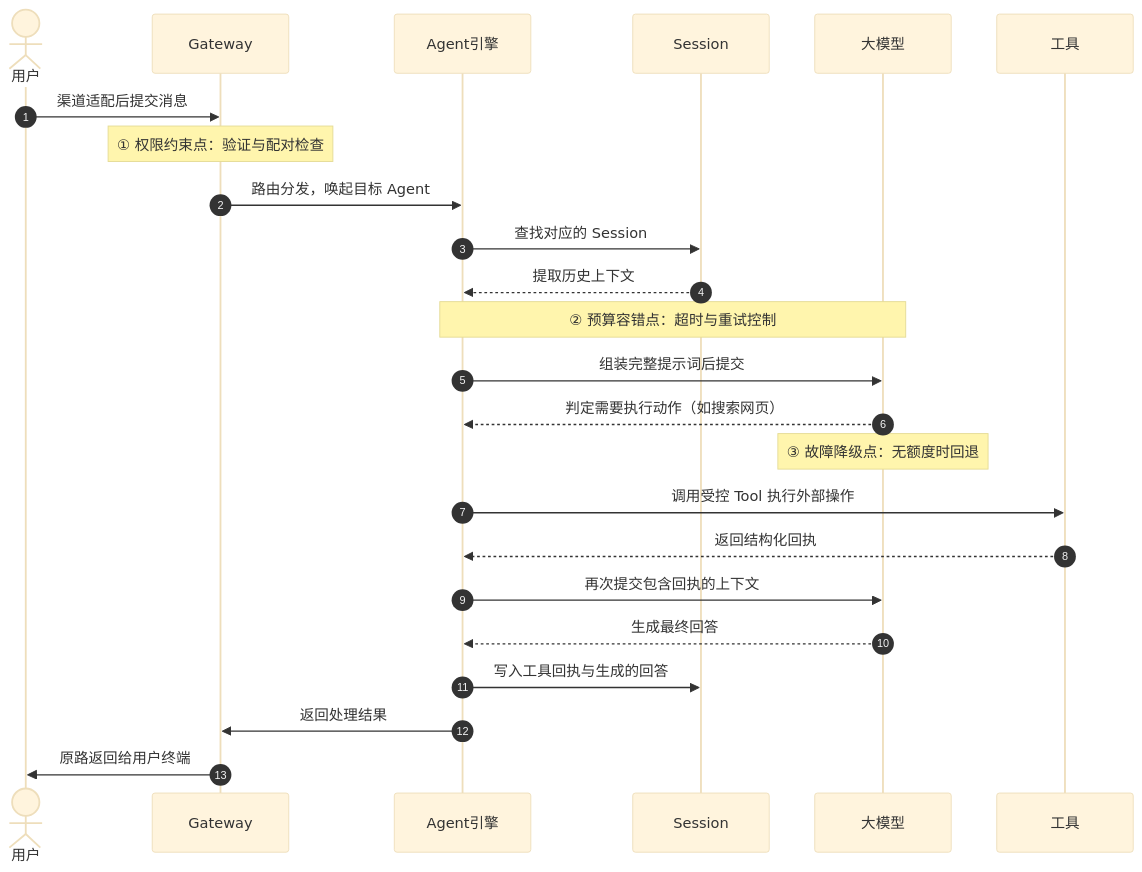
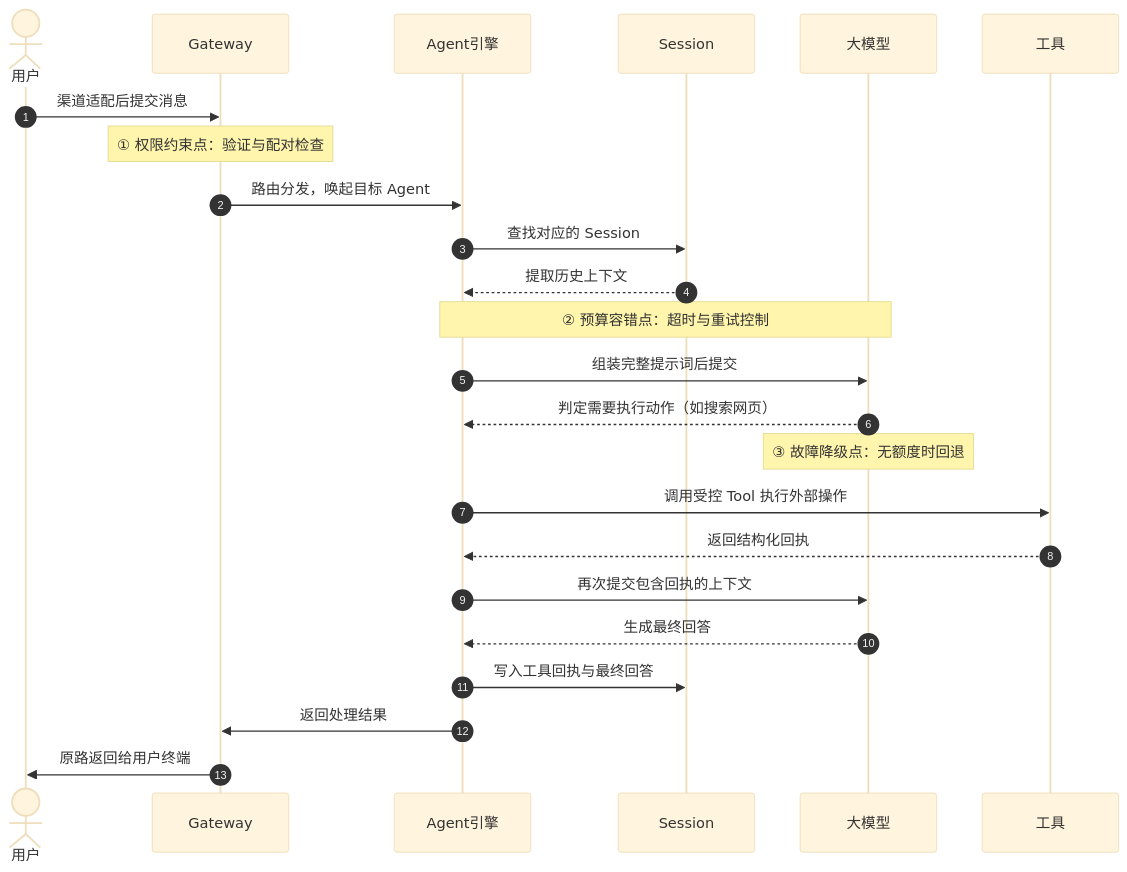
The first of 2 diagrams in 10_agent_loop/10.1_request_lifecycle.md (yeasy/openclaw_guide), drawn with Mermaid (base theme) before and after one commit. The commit also changed other lines of this file and 53 other files, not shown here.

````diff
--- a/10_agent_loop/10.1_request_lifecycle.md
+++ b/10_agent_loop/10.1_request_lifecycle.md
@@ -11,27 +11,27 @@
 ```mermaid
 sequenceDiagram
     autonumber
     actor User as 用户
     participant Gateway
     participant Agent as Agent引擎
     participant Session
     participant Model as 大模型
     participant Tool as 工具
 
     User->>Gateway: 渠道适配后提交消息
     Note over Gateway: ① 权限约束点：验证与配对检查
     Gateway->>Agent: 路由分发，唤起目标 Agent
     Agent->>Session: 查找对应的 Session
     Session-->>Agent: 提取历史上下文
     Note over Agent,Model: ② 预算容错点：超时与重试控制
     Agent->>Model: 组装完整提示词后提交
     Model-->>Agent: 判定需要执行动作（如搜索网页）
     Note over Model: ③ 故障降级点：无额度时回退
     Agent->>Tool: 调用受控 Tool 执行外部操作
     Tool-->>Agent: 返回结构化回执
     Agent->>Model: 再次提交包含回执的上下文
     Model-->>Agent: 生成最终回答
-    Agent->>Session: 写入工具回执与生成的回答
+    Agent->>Session: 写入工具回执与最终回答
     Agent->>Gateway: 返回处理结果
     Gateway->>User: 原路返回给用户终端
 ```
````
